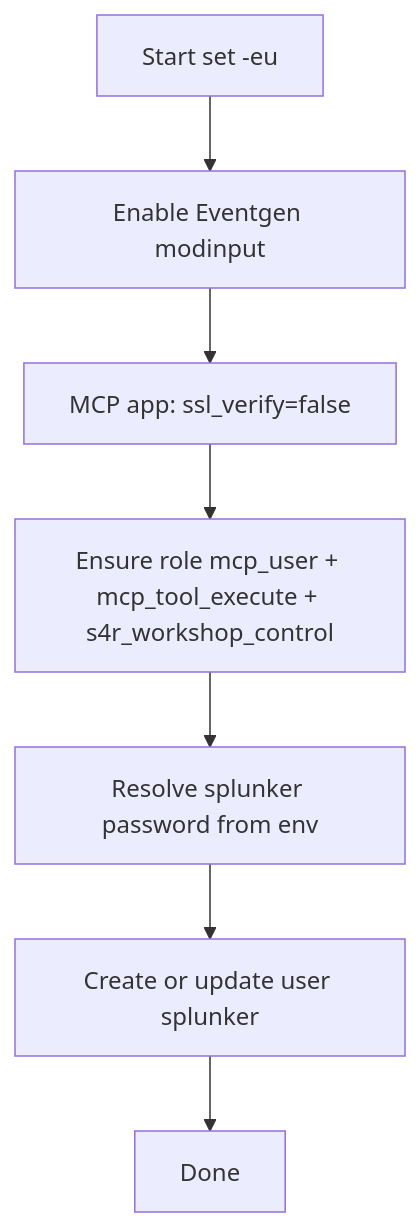
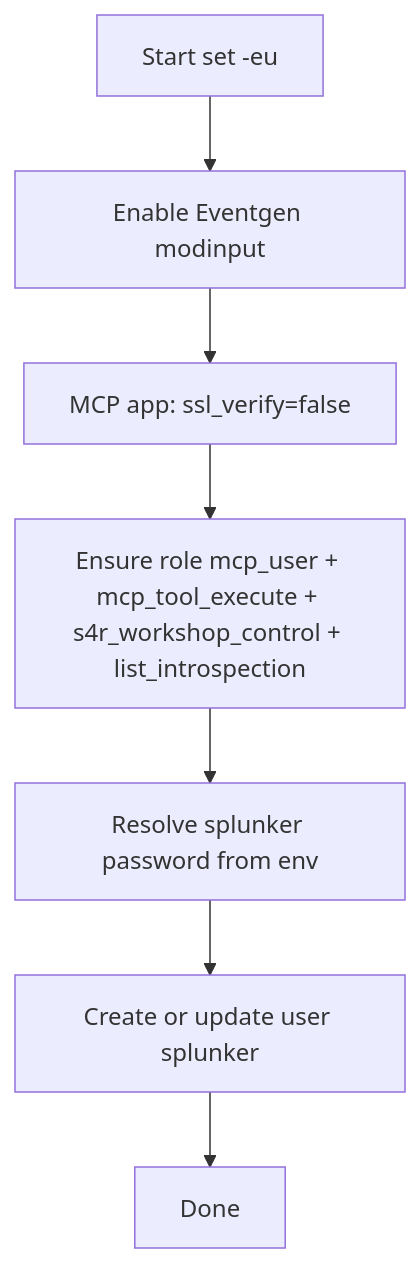
One commit to dd-Splunk/splunk-mcp changed the second of 2 diagrams in docs/poc/CONFIGURATION.md. Above: the diagram before and after it, drawn with Mermaid. The commit also changed other lines of this file and 13 other files, not shown here.

First line of the commit message:
Upgrade Splunk MCP Server to 2.2.0; grant list_introspection to mcp_user (#6)

````diff
--- a/docs/poc/CONFIGURATION.md
+++ b/docs/poc/CONFIGURATION.md
@@ -352,9 +353,9 @@
 ```mermaid
 flowchart TD
   A[Start set -eu] --> B[Enable Eventgen modinput]
   B --> C[MCP app: ssl_verify=false]
-  C --> D[Ensure role mcp_user + mcp_tool_execute + s4r_workshop_control]
+  C --> D[Ensure role mcp_user + mcp_tool_execute + s4r_workshop_control + list_introspection]
   D --> E[Resolve splunker password from env]
   E --> F[Create or update user splunker]
   F --> K[Done]
 ```
````
